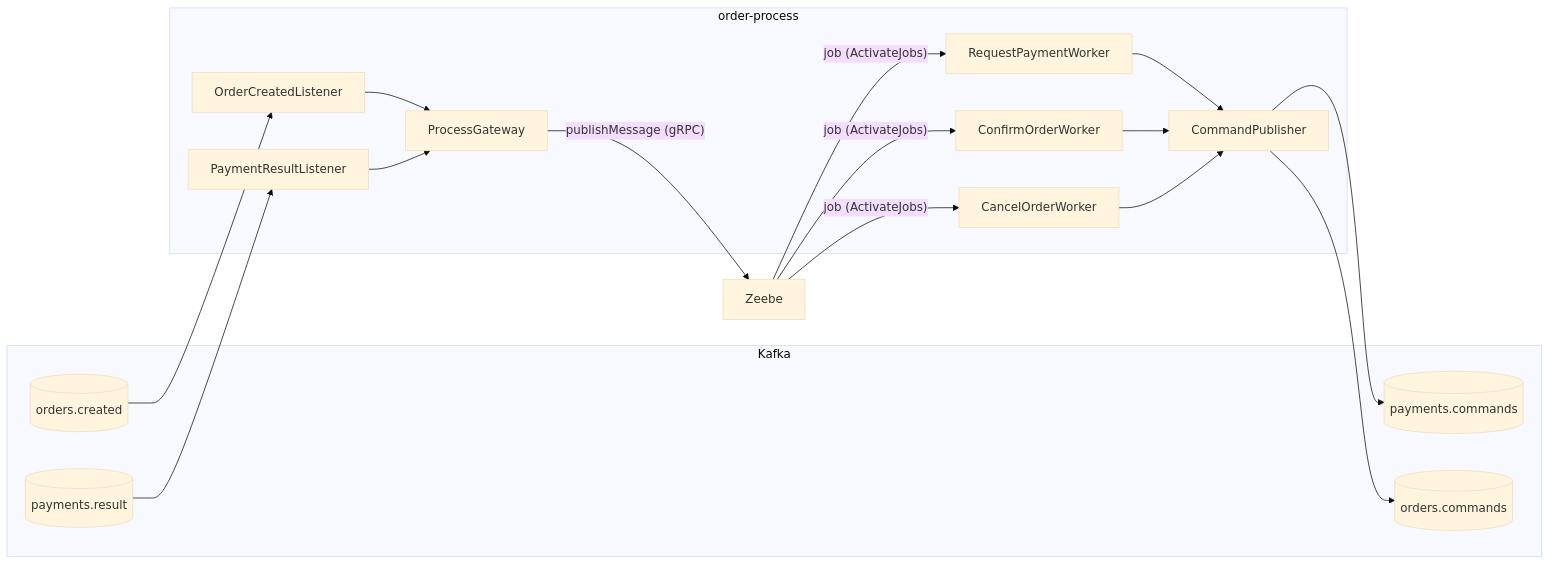
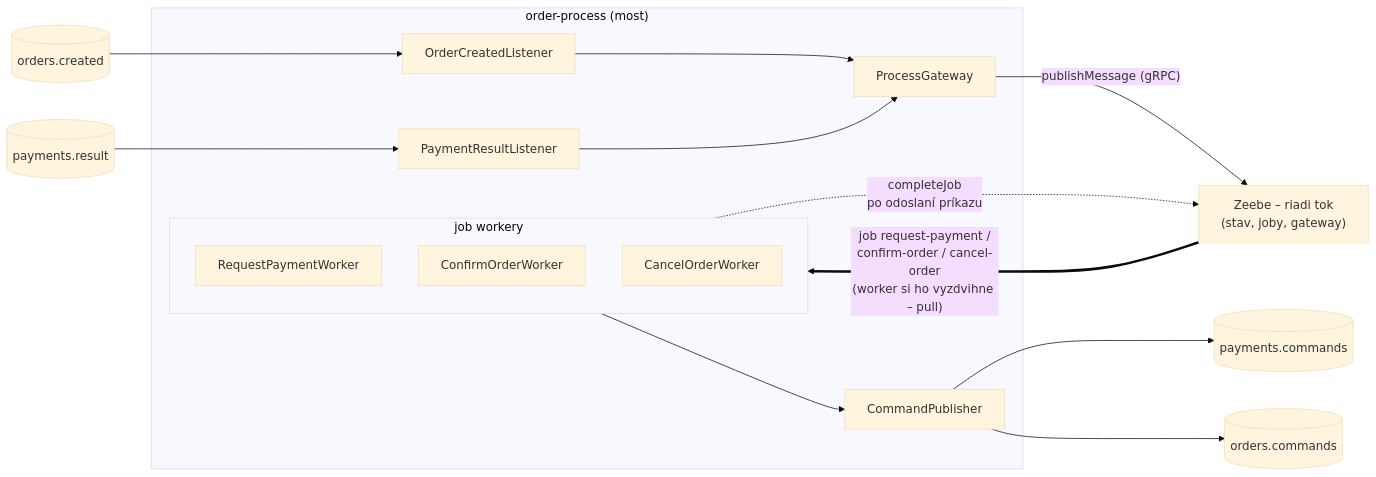
One commit to eriskooo/event-driven-demo changed the diagram in docs/poznamky/08_most_zeebe_kafka.md. Above: the diagram before and after it, drawn with Mermaid (base theme). The commit also changed other lines of this file and 55 other files, not shown here.

First line of the commit message:
Condense README and clarify Camunda's role in diagrams

````diff
--- a/docs/poznamky/08_most_zeebe_kafka.md
+++ b/docs/poznamky/08_most_zeebe_kafka.md
@@ -18,26 +18,20 @@
 ```mermaid
 flowchart LR
-    subgraph Kafka
-        T1[(orders.created)]
-        T3[(payments.result)]
-        T2[(payments.commands)]
-        T4[(orders.commands)]
+    T1[(orders.created)] --> L1[OrderCreatedListener]
+    T3[(payments.result)] --> L2[PaymentResultListener]
+    subgraph OP["order-process (most)"]
+        L1 --> GW[ProcessGateway]
+        L2 --> GW
+        subgraph WK[job workery]
+            W1[RequestPaymentWorker]
+            W2[ConfirmOrderWorker]
+            W3[CancelOrderWorker]
+        end
+        WK --> CP[CommandPublisher]
     end
-    subgraph OP[order-process]
-        L1[OrderCreatedListener]
-        L2[PaymentResultListener]
-        GW[ProcessGateway]
-        W1[RequestPaymentWorker]
-        W2[ConfirmOrderWorker]
-        W3[CancelOrderWorker]
-        CP[CommandPublisher]
-    end
-    Z[Zeebe]
-    T1 --> L1 --> GW
-    T3 --> L2 --> GW
-    GW -- "publishMessage (gRPC)" --> Z
-    Z -- "job (ActivateJobs)" --> W1 & W2 & W3
-    W1 & W2 & W3 --> CP
-    CP --> T2
-    CP --> T4
+    GW -- "publishMessage (gRPC)" --> Z["Zeebe – riadi tok<br/>(stav, joby, gateway)"]
+    Z == "job request-payment /<br/>confirm-order / cancel-order<br/>(worker si ho vyzdvihne – pull)" ==> WK
+    WK -. "completeJob<br/>po odoslaní príkazu" .-> Z
+    CP --> T2[(payments.commands)]
+    CP --> T4[(orders.commands)]
 ```
````
